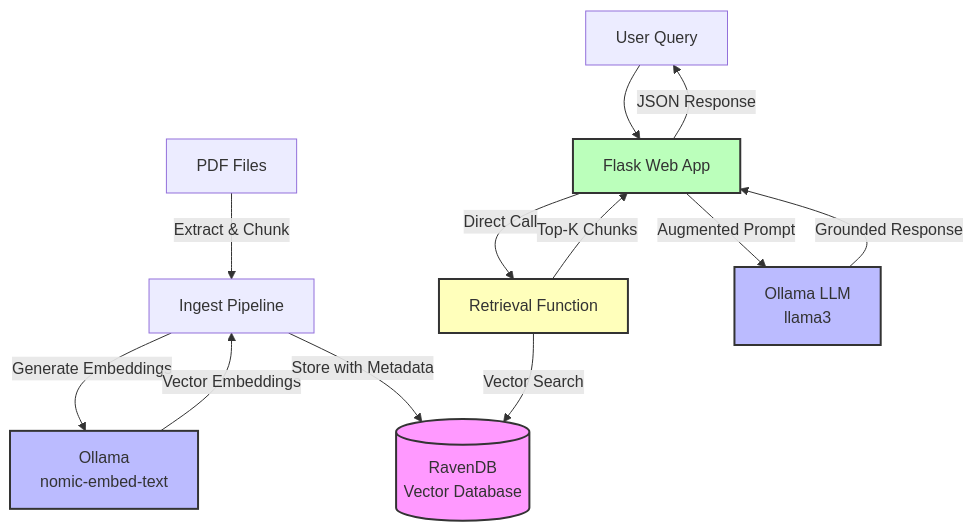
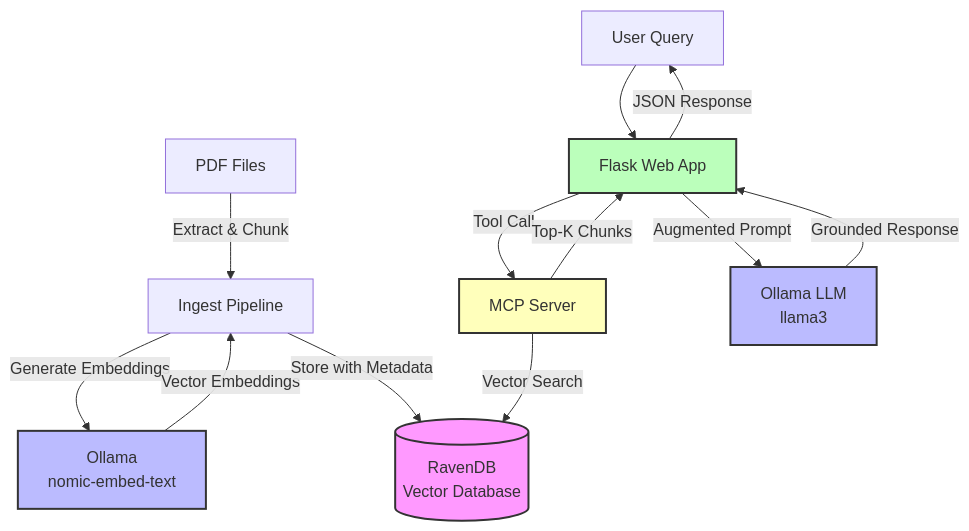
One commit to isaac-neutrons/scirag changed the diagram in README.md. Above: the diagram before and after it, drawn with Mermaid. The commit also changed other lines of this file, not shown here.

````diff
--- a/README.md
+++ b/README.md
@@ -20,22 +8,21 @@
 ```mermaid
 graph TD
-    A[PDF Files] -->|Extract & Chunk| B[Ingest Pipeline]
-    B -->|Generate Embeddings| H[Ollama<br/>nomic-embed-text]
-    H -->|Vector Embeddings| B
-    B -->|Store with Metadata| C[(RavenDB<br/>Vector Database)]
-    
-    D[User Query] --> E[Flask Web App]
-    E -->|Direct Call| F[Retrieval Function]
-    F -->|Vector Search| C
-    
-    F -->|Top-K Chunks| E
-    E -->|Augmented Prompt| G[Ollama LLM<br/>llama3]
-    G -->|Grounded Response| E
-    E -->|JSON Response| D
-    
-    style C fill:#f9f,stroke:#333,stroke-width:2px
-    style G fill:#bbf,stroke:#333,stroke-width:2px
-    style H fill:#bbf,stroke:#333,stroke-width:2px
-    style E fill:#bfb,stroke:#333,stroke-width:2px
-    style F fill:#ffb,stroke:#333,stroke-width:2px
+  A[PDF Files] -->|Extract & Chunk| B[Ingest Pipeline]
+  B -->|Generate Embeddings| H[Ollama<br/>nomic-embed-text]
+  H -->|Vector Embeddings| B
+  B -->|Store with Metadata| C[(RavenDB<br/>Vector Database)]
+
+  D[User Query] --> E[Flask Web App]
+  E -->|Tool Call| M[MCP Server]
+  M -->|Vector Search| C
+  M -->|Top-K Chunks| E
+  E -->|Augmented Prompt| G[Ollama LLM<br/>llama3]
+  G -->|Grounded Response| E
+  E -->|JSON Response| D
+
+  style C fill:#f9f,stroke:#333,stroke-width:2px
+  style G fill:#bbf,stroke:#333,stroke-width:2px
+  style H fill:#bbf,stroke:#333,stroke-width:2px
+  style E fill:#bfb,stroke:#333,stroke-width:2px
+  style M fill:#ffb,stroke:#333,stroke-width:2px
 ```
````
